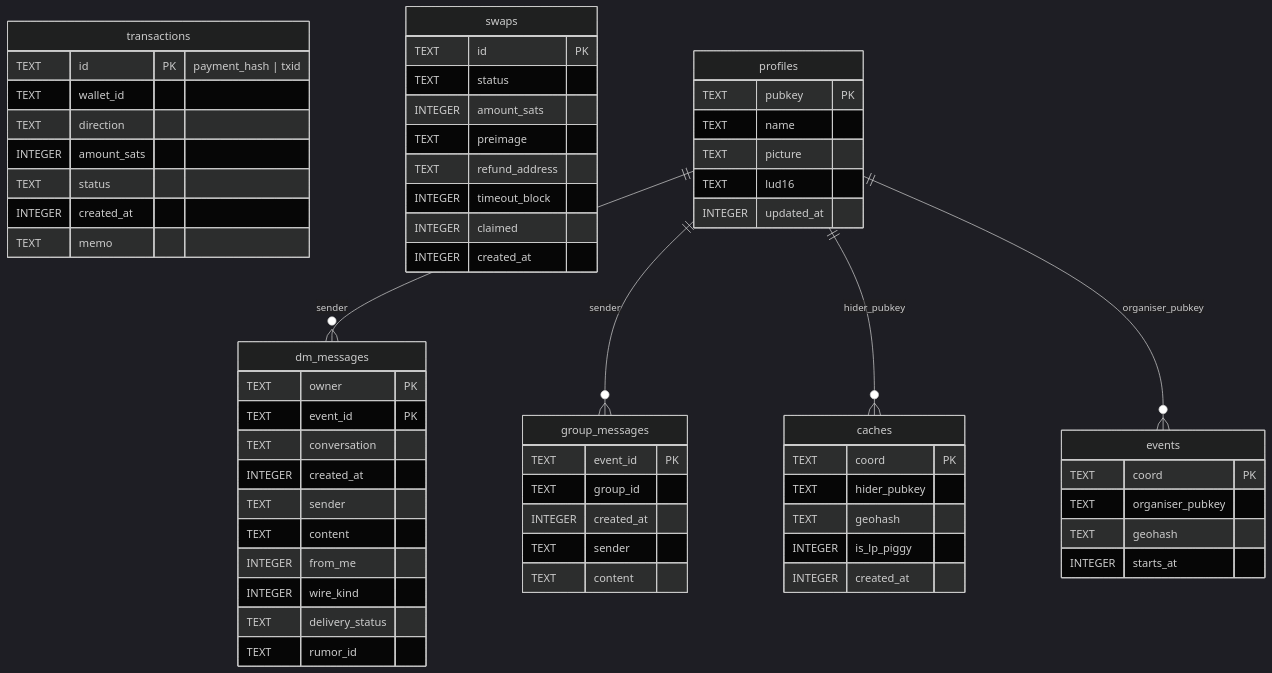
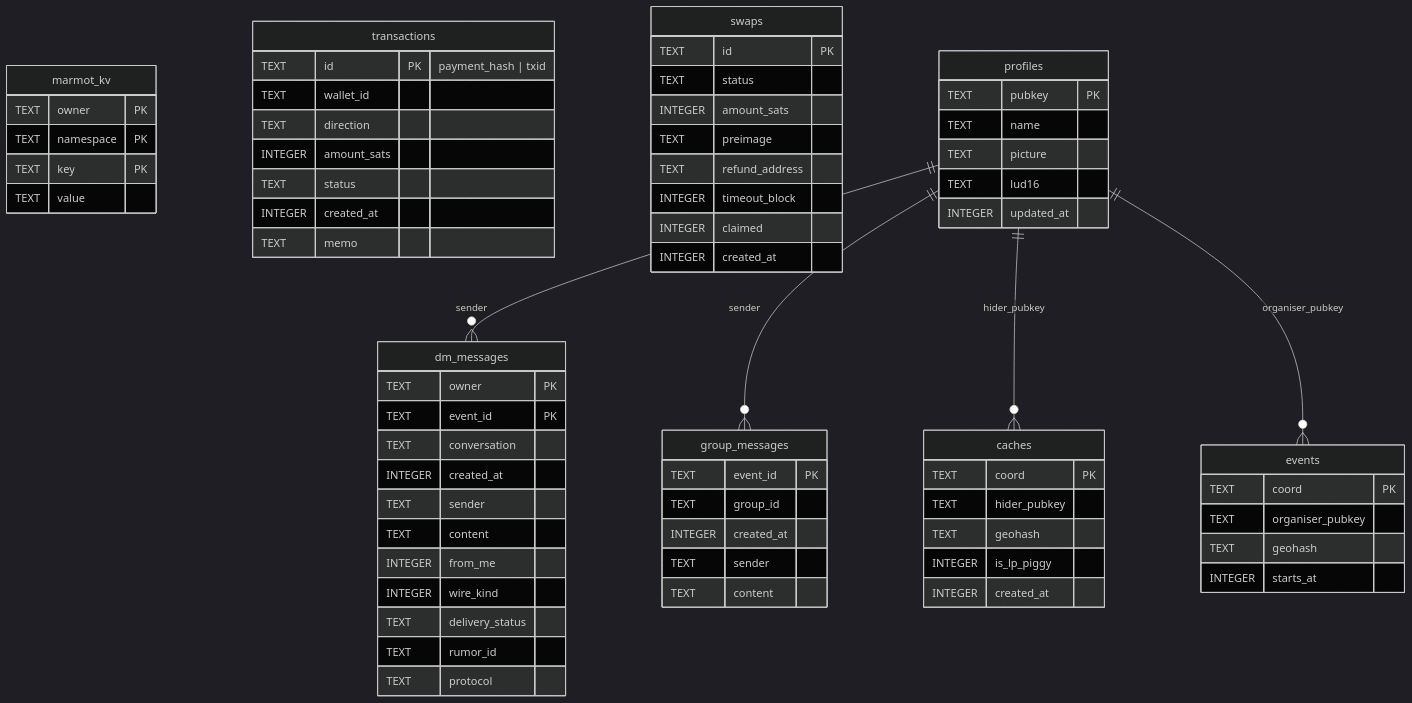
One commit to BenGWeeks/lightning-piggy-mobile changed the first of 3 diagrams in docs/DATA_STORAGE.adoc. Above: the diagram before and after it, drawn with Mermaid (dark theme). The commit also changed other lines of this file and 8 other files, not shown here.

Commit message:
docs(marmot): storage + protocol docs, before/after screenshots

```diff
--- a/docs/DATA_STORAGE.adoc
+++ b/docs/DATA_STORAGE.adoc
@@ -223,66 +229,73 @@
 [mermaid]
 ....
 erDiagram
     dm_messages {
         TEXT owner PK
         TEXT event_id PK
         TEXT conversation
         INTEGER created_at
         TEXT sender
         TEXT content
         INTEGER from_me
         INTEGER wire_kind
         TEXT delivery_status
         TEXT rumor_id
+        TEXT protocol
+    }
+    marmot_kv {
+        TEXT owner PK
+        TEXT namespace PK
+        TEXT key PK
+        TEXT value
     }
     group_messages {
         TEXT event_id PK
         TEXT group_id
         INTEGER created_at
         TEXT sender
         TEXT content
     }
     transactions {
         TEXT id PK "payment_hash | txid"
         TEXT wallet_id
         TEXT direction
         INTEGER amount_sats
         TEXT status
         INTEGER created_at
         TEXT memo
     }
     swaps {
         TEXT id PK
         TEXT status
         INTEGER amount_sats
         TEXT preimage
         TEXT refund_address
         INTEGER timeout_block
         INTEGER claimed
         INTEGER created_at
     }
     profiles {
         TEXT pubkey PK
         TEXT name
         TEXT picture
         TEXT lud16
         INTEGER updated_at
     }
     caches {
         TEXT coord PK
         TEXT hider_pubkey
         TEXT geohash
         INTEGER is_lp_piggy
         INTEGER created_at
     }
     events {
         TEXT coord PK
         TEXT organiser_pubkey
         TEXT geohash
         INTEGER starts_at
     }
     profiles ||--o{ dm_messages : "sender"
     profiles ||--o{ group_messages : "sender"
     profiles ||--o{ caches : "hider_pubkey"
     profiles ||--o{ events : "organiser_pubkey"
 ....
```
